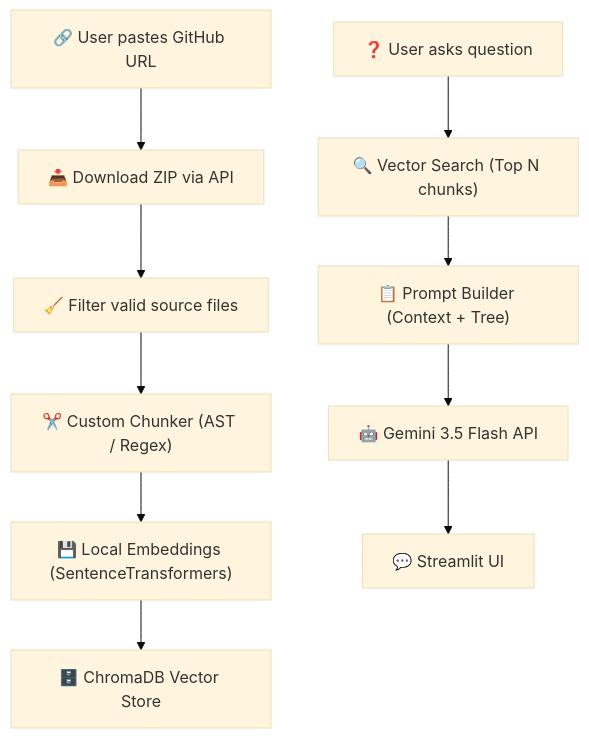
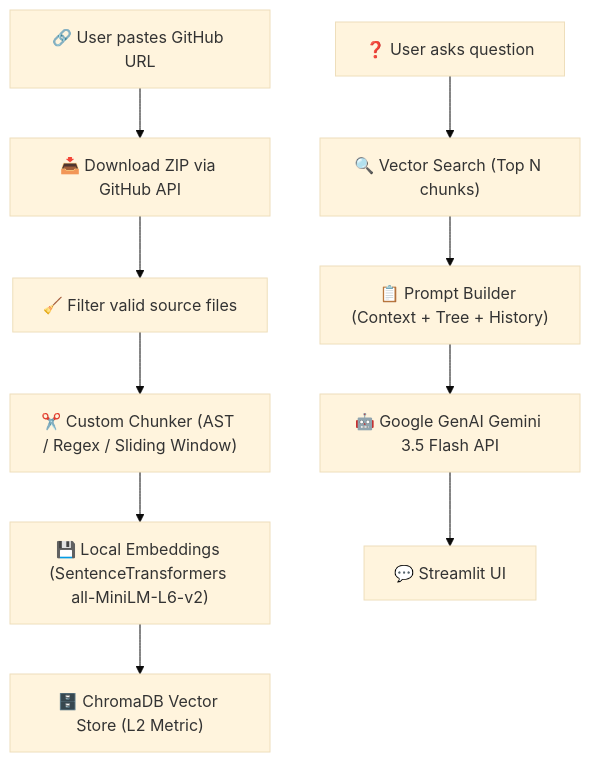
One commit to gaurav-raj5123/codeinsight-ai changed the diagram in README.md. Above: the diagram before and after it, drawn with Mermaid (base theme). The commit also changed other lines of this file and 29 other files, not shown here.

````diff
--- a/README.md
+++ b/README.md
@@ -16,13 +21,13 @@
 ```mermaid
 flowchart TD
-    A["🔗 User pastes GitHub URL"] --> B["📥 Download ZIP via API"]
+    A["🔗 User pastes GitHub URL"] --> B["📥 Download ZIP via GitHub API"]
     B --> C["🧹 Filter valid source files"]
-    C --> D["✂️ Custom Chunker (AST / Regex)"]
-    D --> E["💾 Local Embeddings (SentenceTransformers)"]
-    E --> F["🗄️ ChromaDB Vector Store"]
+    C --> D["✂️ Custom Chunker (AST / Regex / Sliding Window)"]
+    D --> E["💾 Local Embeddings (SentenceTransformers all-MiniLM-L6-v2)"]
+    E --> F["🗄️ ChromaDB Vector Store (L2 Metric)"]
     
     G["❓ User asks question"] --> H["🔍 Vector Search (Top N chunks)"]
-    H --> I["📋 Prompt Builder (Context + Tree)"]
-    I --> J["🤖 Gemini 3.5 Flash API"]
+    H --> I["📋 Prompt Builder (Context + Tree + History)"]
+    I --> J["🤖 Google GenAI Gemini 3.5 Flash API"]
     J --> K["💬 Streamlit UI"]
 ```
````
